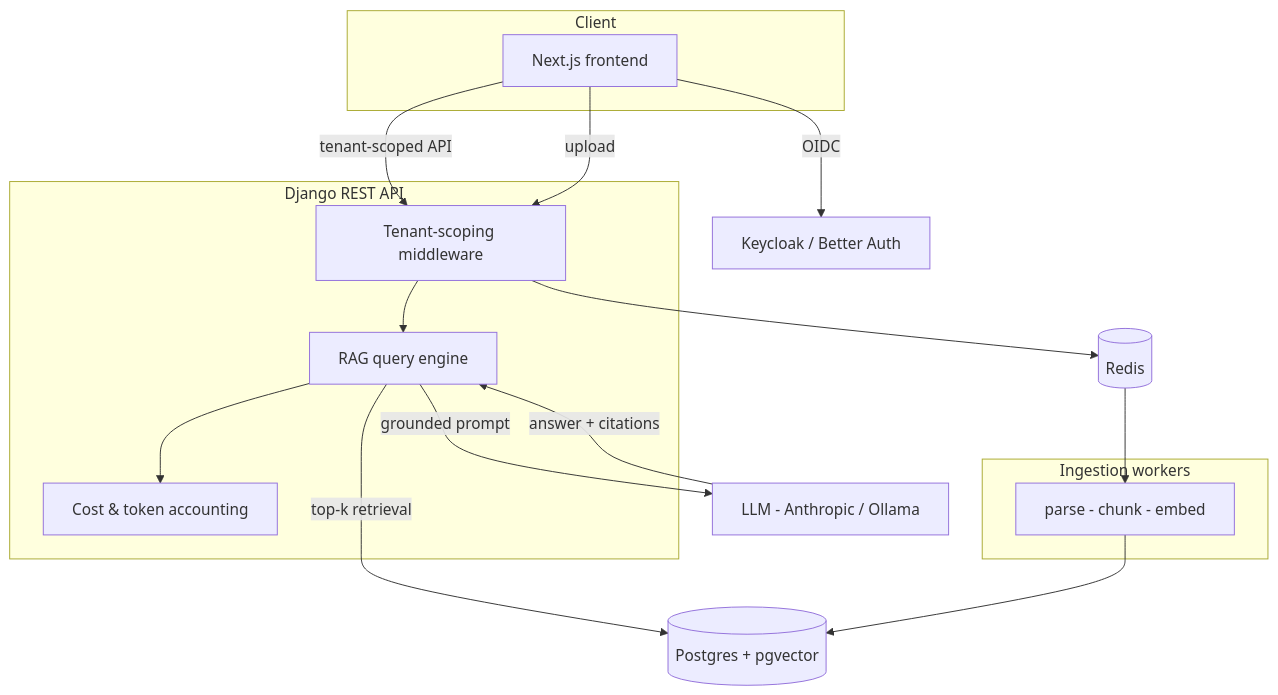
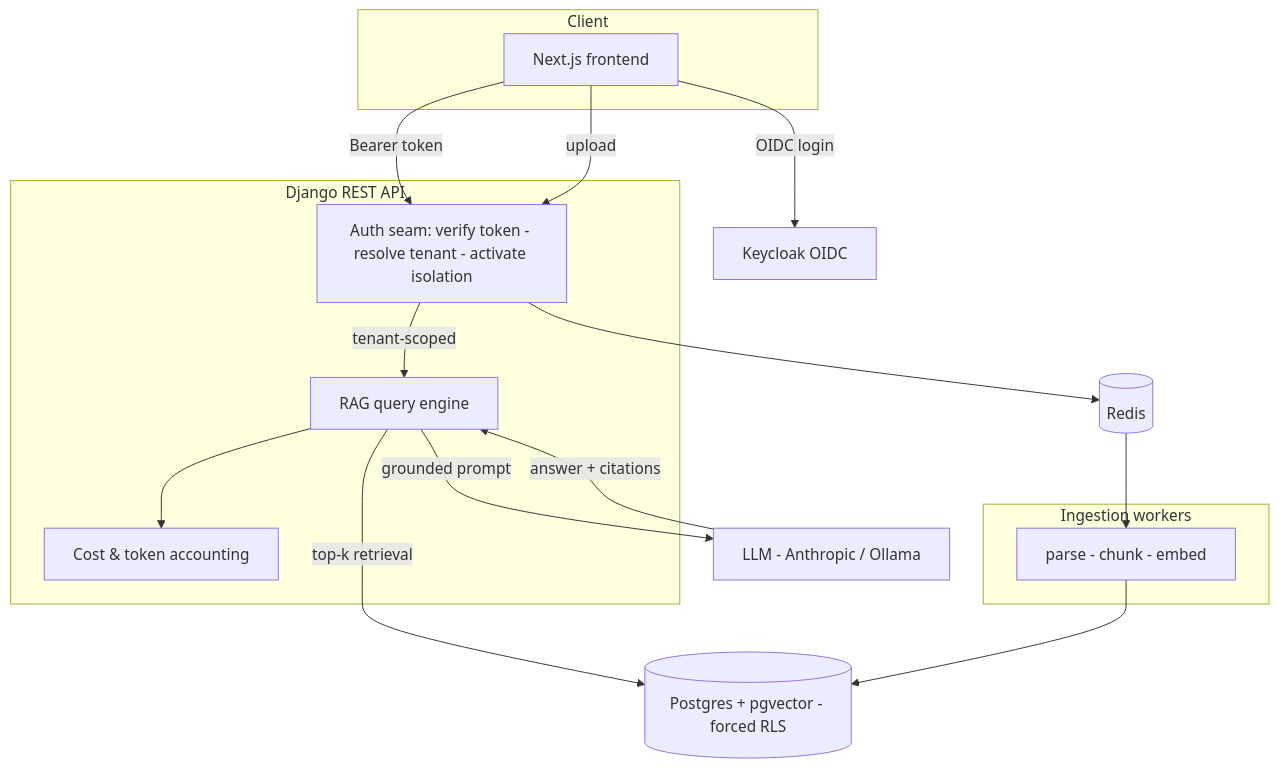
The diagram in docs/architecture.md (rbalukja15/tenantiq), drawn with Mermaid before and after one commit. The commit also changed other lines of this file and 5 other files, not shown here.

````diff
--- a/docs/architecture.md
+++ b/docs/architecture.md
@@ -8,27 +8,27 @@
 ```mermaid
 flowchart TB
     subgraph Client
       FE[Next.js frontend]
     end
     subgraph API[Django REST API]
-      MW[Tenant-scoping middleware]
+      SEAM[Auth seam: verify token - resolve tenant - activate isolation]
       RAG[RAG query engine]
       COST[Cost & token accounting]
     end
     subgraph Async[Ingestion workers]
       ING[parse - chunk - embed]
     end
-    AUTH[Keycloak / Better Auth]
-    PG[(Postgres + pgvector)]
+    AUTH[Keycloak OIDC]
+    PG[(Postgres + pgvector - forced RLS)]
     RDS[(Redis)]
     LLM[LLM - Anthropic / Ollama]
 
-    FE -->|OIDC| AUTH
-    FE -->|tenant-scoped API| MW
-    MW --> RAG
+    FE -->|OIDC login| AUTH
+    FE -->|Bearer token| SEAM
+    SEAM -->|tenant-scoped| RAG
     RAG -->|top-k retrieval| PG
     RAG -->|grounded prompt| LLM
     LLM -->|answer + citations| RAG
-    FE -->|upload| MW --> RDS --> ING --> PG
+    FE -->|upload| SEAM --> RDS --> ING --> PG
     RAG --> COST
 ```
````
